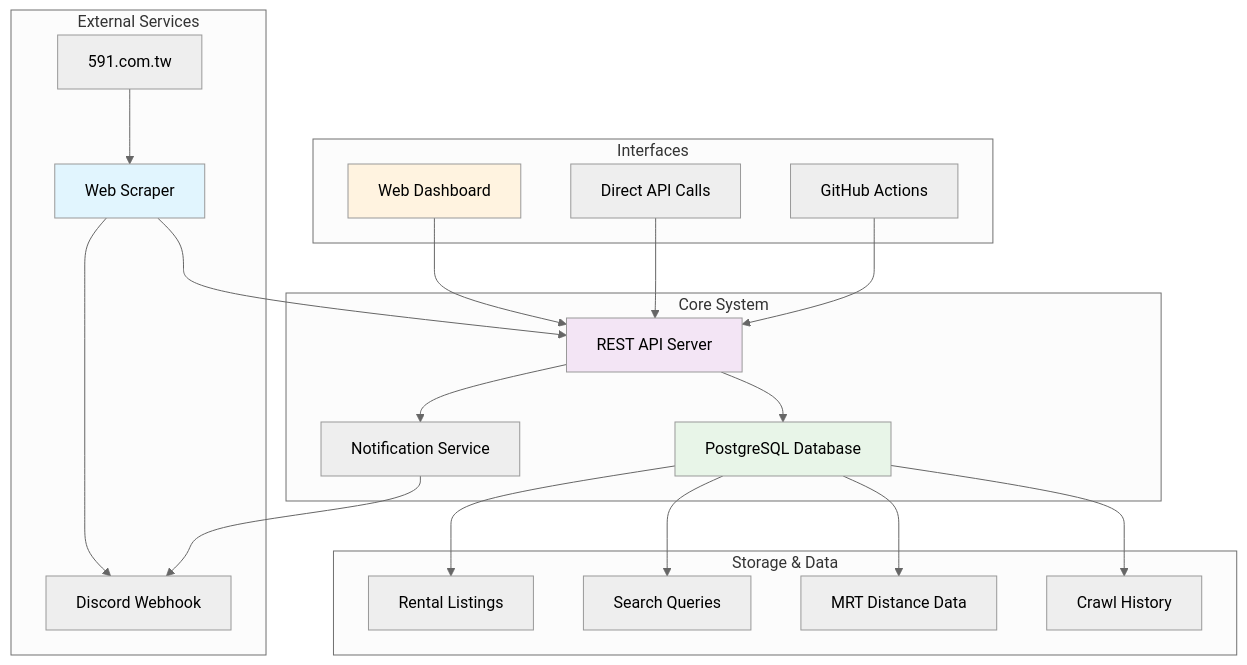
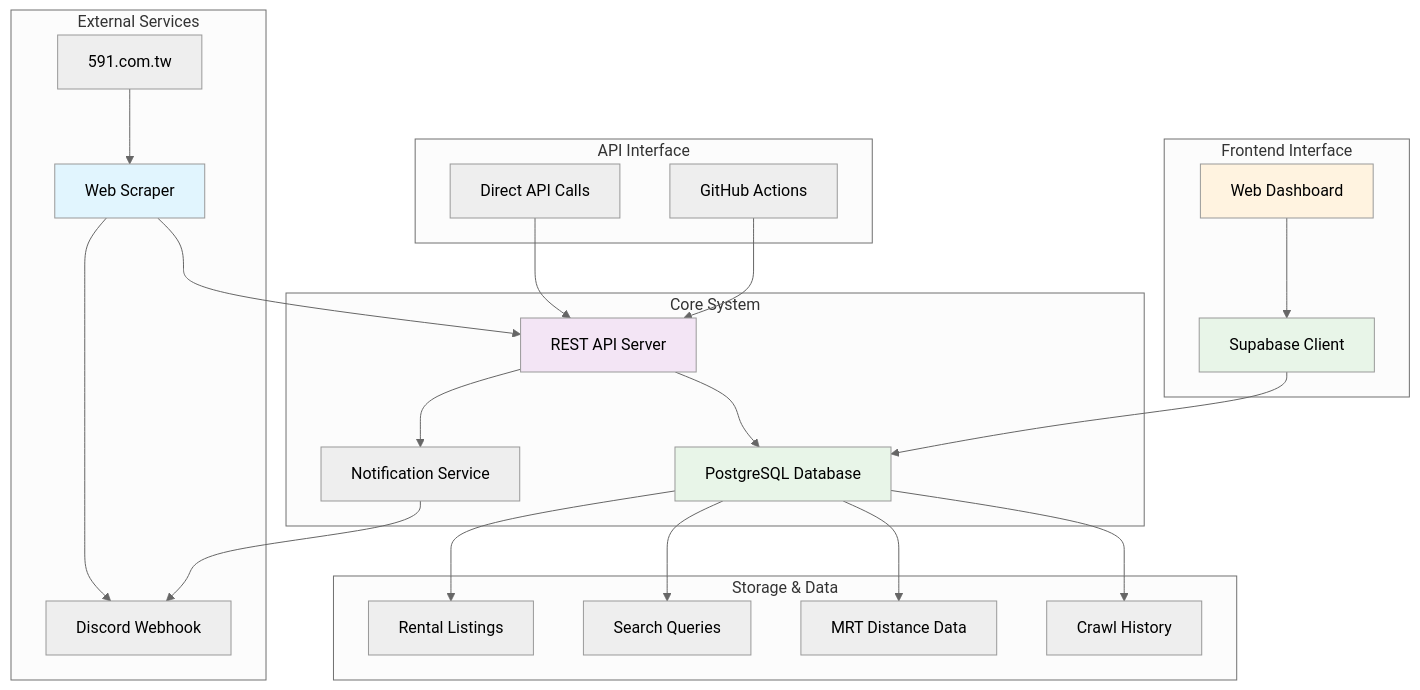
One commit to iml885203/591 changed the diagram in README.md. Above: the diagram before and after it, drawn with Mermaid (neutral theme). The commit also changed 1 other file, not shown here.

Commit message:
fix: correct architecture diagram to show frontend uses Supabase client directly
- Frontend (Web Dashboard) connects directly to PostgreSQL via Supabase Client
- Remove incorrect REST API connection from frontend
- Clarify separation between frontend interface and API interface
- Based on analysis of deleted frontend code that used @supabase/supabase-js

````diff
--- a/README.md
+++ b/README.md
@@ -28,32 +28,37 @@
 ```mermaid
 graph TB
     subgraph "External Services"
         A[591.com.tw] --> B[Web Scraper]
         B --> C[Discord Webhook]
     end
     
     subgraph "Core System"
         B --> D[REST API Server]
         D --> E[PostgreSQL Database]
         D --> F[Notification Service]
         F --> C
     end
     
-    subgraph "Interfaces"
-        G[Web Dashboard] --> D
+    subgraph "Frontend Interface"
+        G[Web Dashboard] --> N[Supabase Client]
+        N --> E
+    end
+    
+    subgraph "API Interface"
         H[Direct API Calls] --> D
         I[GitHub Actions] --> D
     end
     
     subgraph "Storage & Data"
         E --> J[Rental Listings]
         E --> K[Search Queries] 
         E --> L[MRT Distance Data]
         E --> M[Crawl History]
     end
     
     style B fill:#e1f5fe
     style D fill:#f3e5f5
     style E fill:#e8f5e8
     style G fill:#fff3e0
+    style N fill:#e8f5e8
 ```
````
